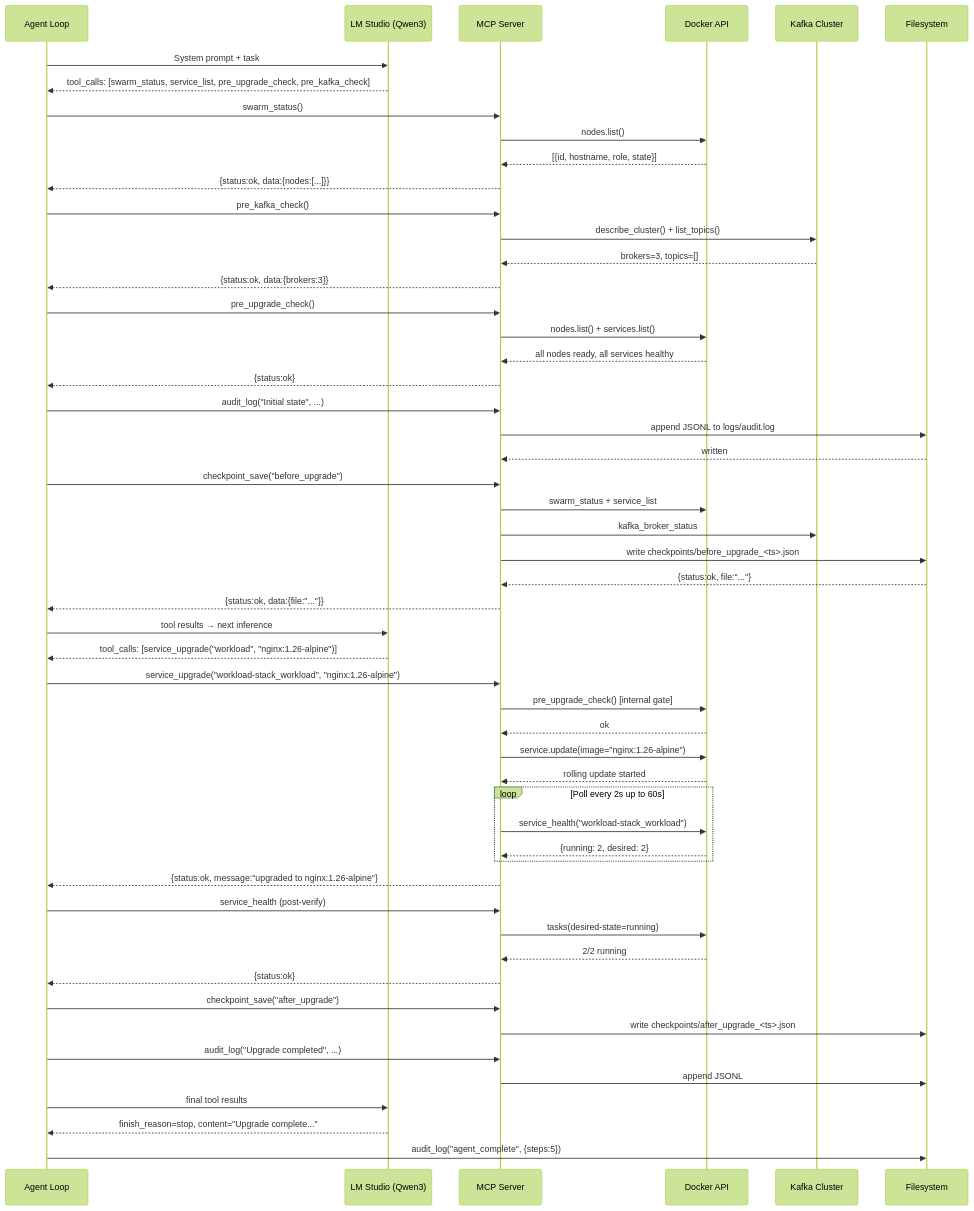
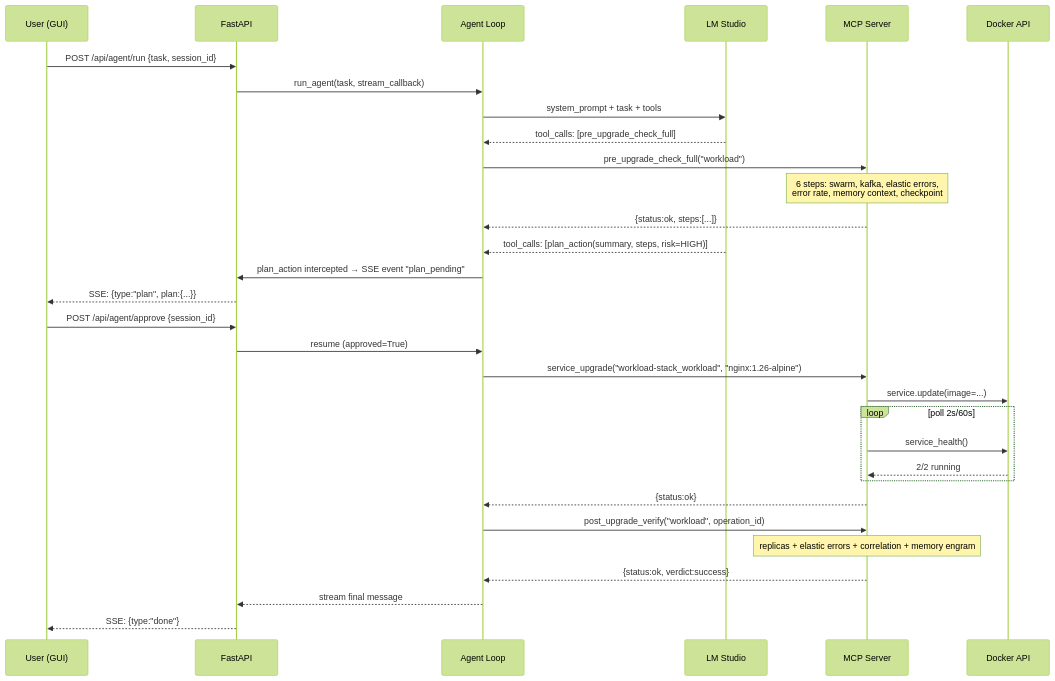
Before and after one commit to kbreivik/ai-local-agent-tools: the seventh of 7 diagrams in docs/architecture.md, drawn with Mermaid (forest theme). The commit also changed other lines of this file and 2 other files, not shown here.

First line of the commit message:
docs: update README, architecture, and runbook for v1.9.0

````diff
--- a/docs/architecture.md
+++ b/docs/architecture.md
@@ -155,69 +291,39 @@
 ```mermaid
 sequenceDiagram
+    participant U as User (GUI)
+    participant F as FastAPI
     participant A as Agent Loop
-    participant L as LM Studio (Qwen3)
+    participant L as LM Studio
     participant M as MCP Server
     participant D as Docker API
-    participant K as Kafka Cluster
-    participant F as Filesystem
 
-    A->>L: System prompt + task
-    L-->>A: tool_calls: [swarm_status, service_list, pre_upgrade_check, pre_kafka_check]
+    U->>F: POST /api/agent/run {task, session_id}
+    F->>A: run_agent(task, stream_callback)
+    A->>L: system_prompt + task + tools
+    L-->>A: tool_calls: [pre_upgrade_check_full]
 
-    A->>M: swarm_status()
-    M->>D: nodes.list()
-    D-->>M: [{id, hostname, role, state}]
-    M-->>A: {status:ok, data:{nodes:[...]}}
+    A->>M: pre_upgrade_check_full("workload")
+    Note over M: 6 steps: swarm, kafka, elastic errors,<br/>error rate, memory context, checkpoint
+    M-->>A: {status:ok, steps:[...]}
 
-    A->>M: pre_kafka_check()
-    M->>K: describe_cluster() + list_topics()
-    K-->>M: brokers=3, topics=[]
-    M-->>A: {status:ok, data:{brokers:3}}
+    L-->>A: tool_calls: [plan_action(summary, steps, risk=HIGH)]
+    A->>F: plan_action intercepted → SSE event "plan_pending"
+    F-->>U: SSE: {type:"plan", plan:{...}}
+    U->>F: POST /api/agent/approve {session_id}
+    F->>A: resume (approved=True)
 
-    A->>M: pre_upgrade_check()
-    M->>D: nodes.list() + services.list()
-    D-->>M: all nodes ready, all services healthy
+    A->>M: service_upgrade("workload-stack_workload", "nginx:1.26-alpine")
+    M->>D: service.update(image=...)
+    loop poll 2s/60s
+        M->>D: service_health()
+        D-->>M: 2/2 running
+    end
     M-->>A: {status:ok}
 
-    A->>M: audit_log("Initial state", ...)
-    M->>F: append JSONL to logs/audit.log
-    F-->>M: written
+    A->>M: post_upgrade_verify("workload", operation_id)
+    Note over M: replicas + elastic errors + correlation + memory engram
+    M-->>A: {status:ok, verdict:success}
 
-    A->>M: checkpoint_save("before_upgrade")
-    M->>D: swarm_status + service_list
-    M->>K: kafka_broker_status
-    M->>F: write checkpoints/before_upgrade_<ts>.json
-    F-->>M: {status:ok, file:"..."}
-    M-->>A: {status:ok, data:{file:"..."}}
-
-    A->>L: tool results → next inference
-    L-->>A: tool_calls: [service_upgrade("workload", "nginx:1.26-alpine")]
-
-    A->>M: service_upgrade("workload-stack_workload", "nginx:1.26-alpine")
-    M->>D: pre_upgrade_check() [internal gate]
-    D-->>M: ok
-    M->>D: service.update(image="nginx:1.26-alpine")
-    D-->>M: rolling update started
-
-    loop Poll every 2s up to 60s
-        M->>D: service_health("workload-stack_workload")
-        D-->>M: {running: 2, desired: 2}
-    end
-
-    M-->>A: {status:ok, message:"upgraded to nginx:1.26-alpine"}
-
-    A->>M: service_health (post-verify)
-    M->>D: tasks(desired-state=running)
-    D-->>M: 2/2 running
-    M-->>A: {status:ok}
-
-    A->>M: checkpoint_save("after_upgrade")
-    M->>F: write checkpoints/after_upgrade_<ts>.json
-
-    A->>M: audit_log("Upgrade completed", ...)
-    M->>F: append JSONL
-
-    A->>L: final tool results
-    L-->>A: finish_reason=stop, content="Upgrade complete..."
-    A->>F: audit_log("agent_complete", {steps:5})
+    A-->>F: stream final message
+    F-->>U: SSE: {type:"done"}
 ```
````
